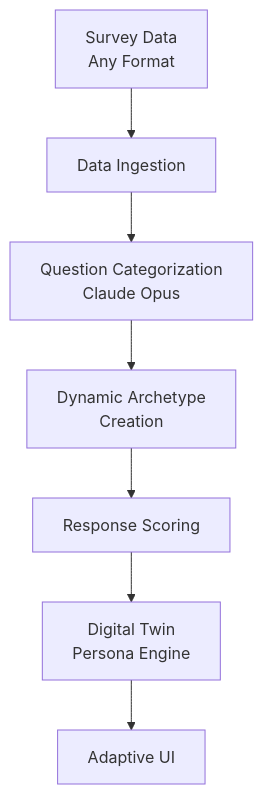
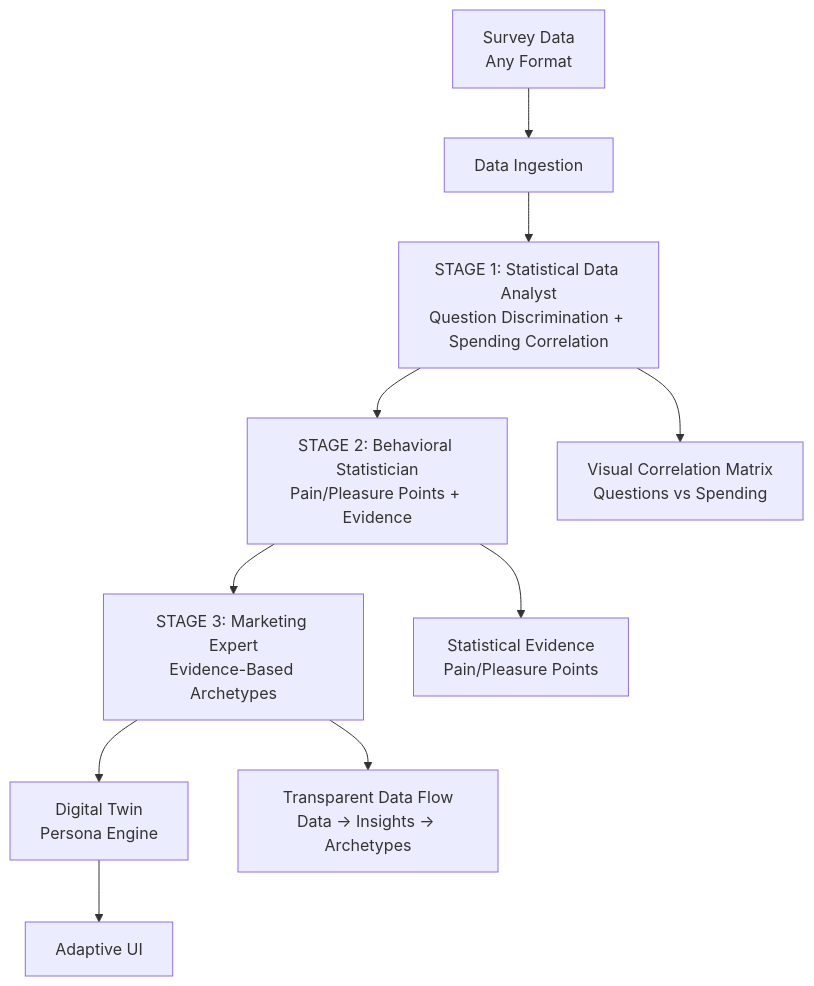
One commit to SkyeAssetManagement/digital-twins changed the diagram in guides/Universal-Survey-Digital-Twins-Pipeline-Plan.md. Above: the diagram before and after it, drawn with Mermaid. The commit also changed other lines of this file and 14 other files, not shown here.

````diff
--- a/guides/Universal-Survey-Digital-Twins-Pipeline-Plan.md
+++ b/guides/Universal-Survey-Digital-Twins-Pipeline-Plan.md
@@ -14,9 +17,13 @@
 ```mermaid
 flowchart TD
     A[Survey Data<br/>Any Format] --> B[Data Ingestion]
-    B --> C[Question Categorization<br/>Claude Opus]
-    C --> D[Dynamic Archetype<br/>Creation]
-    D --> E[Response Scoring]
+    B --> C[STAGE 1: Statistical Data Analyst<br/>Question Discrimination + Spending Correlation]
+    C --> D[STAGE 2: Behavioral Statistician<br/>Pain/Pleasure Points + Evidence]
+    D --> E[STAGE 3: Marketing Expert<br/>Evidence-Based Archetypes]
     E --> F[Digital Twin<br/>Persona Engine]
     F --> G[Adaptive UI]
+    
+    C --> H[Visual Correlation Matrix<br/>Questions vs Spending]
+    D --> I[Statistical Evidence<br/>Pain/Pleasure Points]
+    E --> J[Transparent Data Flow<br/>Data → Insights → Archetypes]
 ```
````
